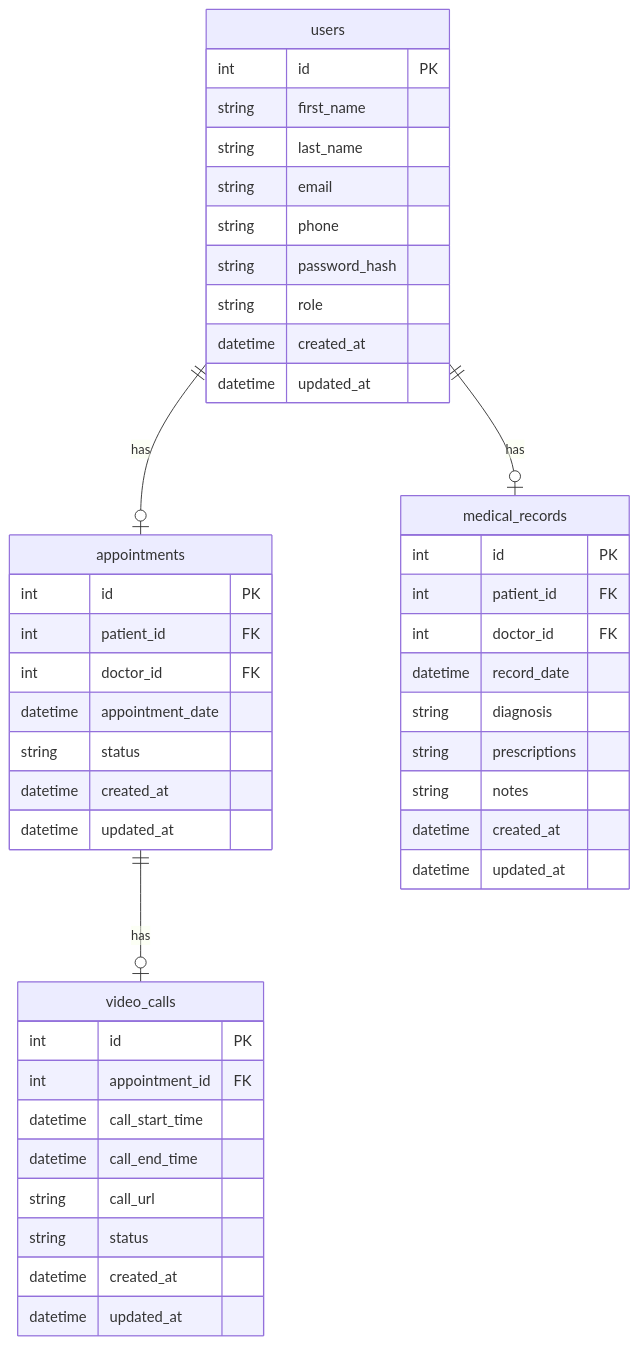
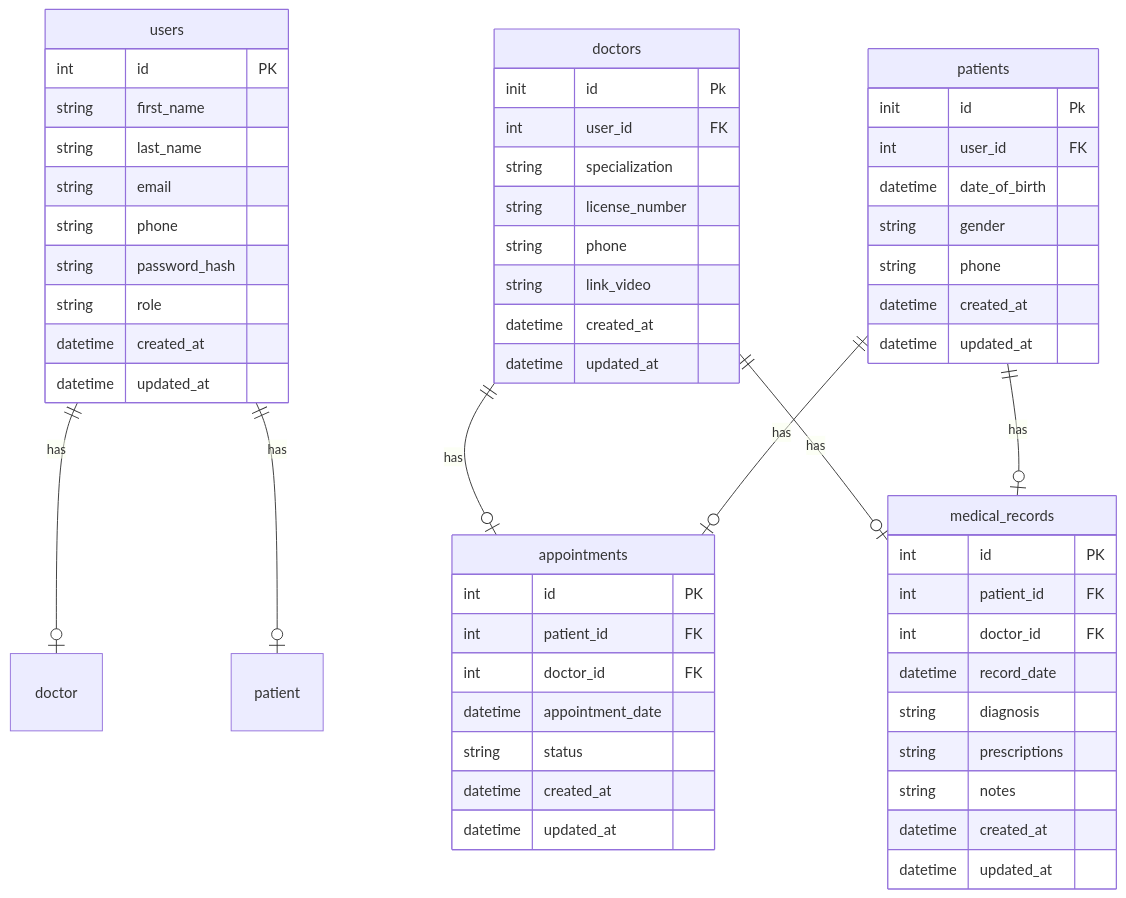
One commit to No-Country-simulation/c22-14-m-webapp changed the diagram in README.md. Above: the diagram before and after it, drawn with Mermaid.

````diff
--- a/README.md
+++ b/README.md
@@ -25,49 +25,63 @@
 ```mermaid
 erDiagram
     users {
         int id PK
         string first_name
         string last_name
         string email
         string phone
         string password_hash
         string role
         datetime created_at
         datetime updated_at
     }
+    doctors{
+        init id Pk
+        int user_id FK
+        string specialization
+        string license_number
+        string phone
+        string link_video
+        datetime created_at
+        datetime updated_at
+    }
+    patients{
+        init id Pk
+        int user_id FK
+        datetime date_of_birth
+        string gender
+        string phone
+        datetime created_at
+        datetime updated_at        
+    }            
     appointments {
         int id PK
         int patient_id FK
         int doctor_id FK
         datetime appointment_date
         string status
         datetime created_at
         datetime updated_at
     }
     medical_records {
         int id PK
         int patient_id FK
         int doctor_id FK
         datetime record_date
         string diagnosis
         string prescriptions
         string notes
         datetime created_at
         datetime updated_at
     }
-    video_calls {
-        int id PK
-        int appointment_id FK
-        datetime call_start_time
-        datetime call_end_time
-        string call_url
-        string status
-        datetime created_at
-        datetime updated_at
-    }
     
-    users ||--o| appointments : has
-    users ||--o| medical_records : has
-    appointments ||--o| video_calls : has
+
+    
+    users ||--o| doctor : has
+    users ||--o| patient : has
+    doctors ||--o| appointments : has
+    patients ||--o| appointments : has
+    doctors ||--o| medical_records : has
+    patients ||--o| medical_records : has
 
 ```
````
